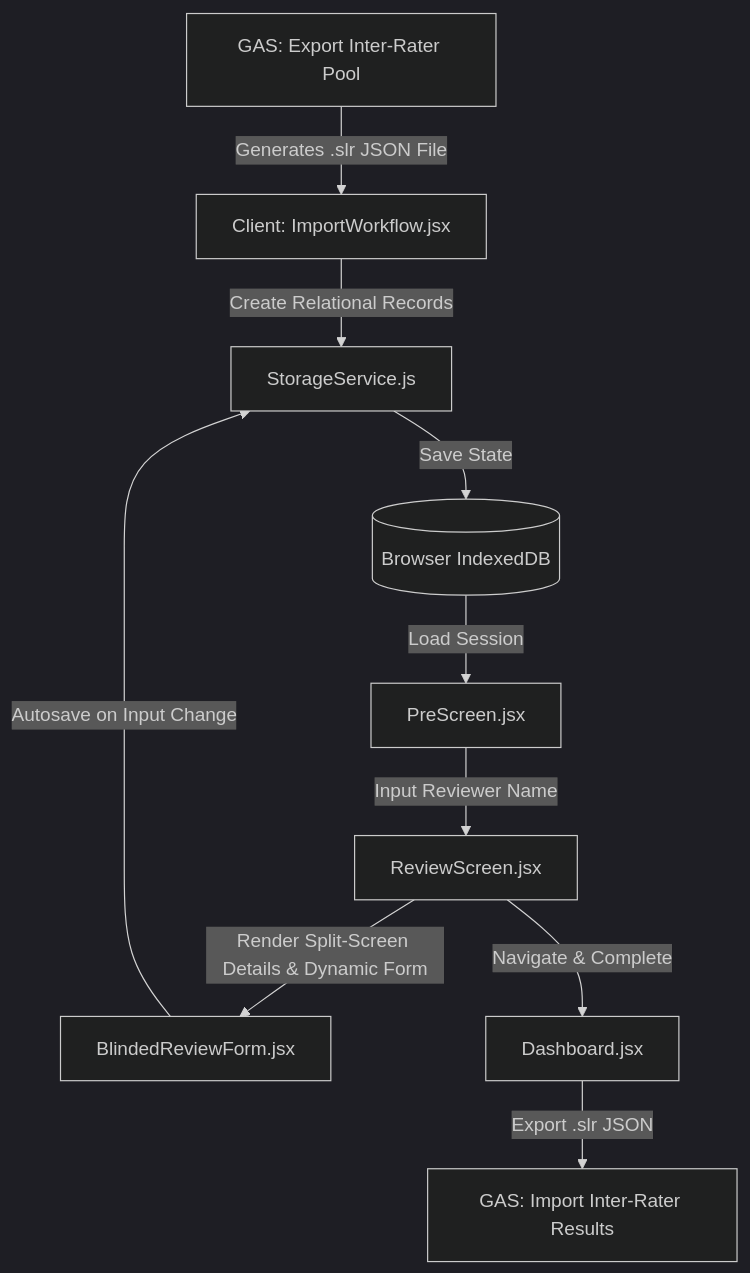
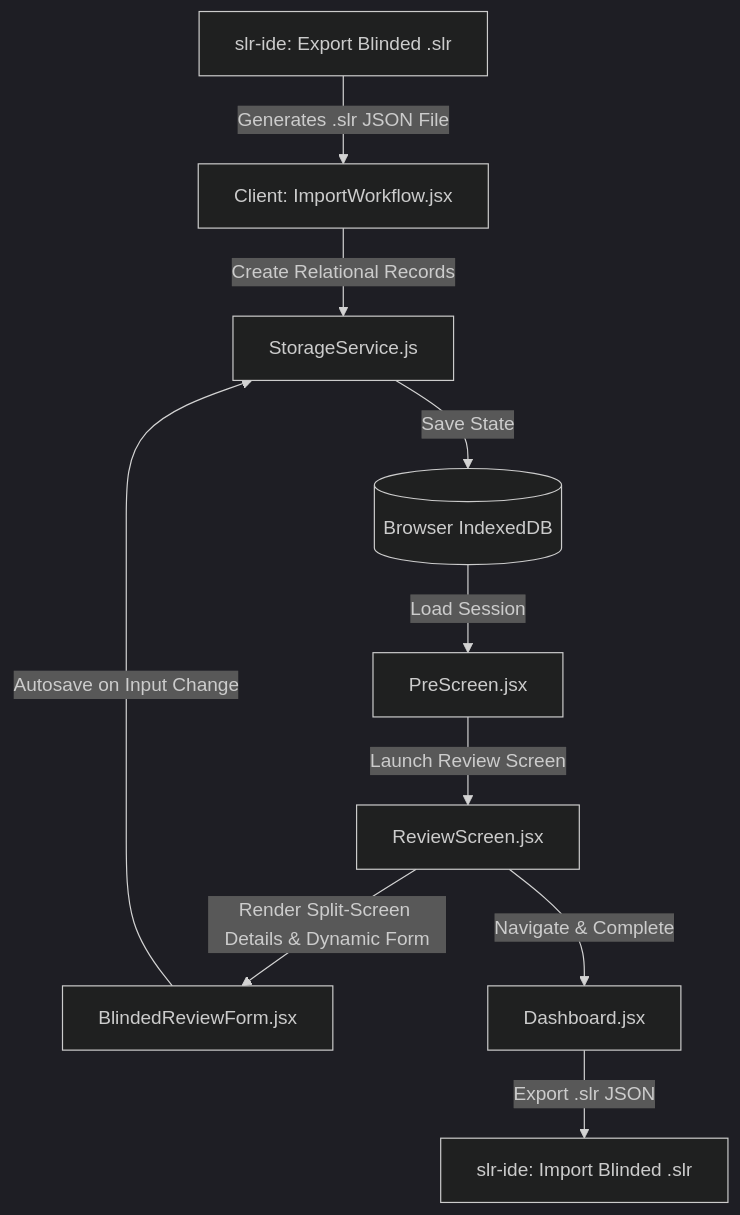
Before and after one commit to iwas108/SLR-Magic: the diagram in inter-rater/architecture.md, drawn with Mermaid (dark theme). The commit also changed other lines of this file and 39 other files, not shown here.

````diff
--- a/inter-rater/architecture.md
+++ b/inter-rater/architecture.md
@@ -17,12 +17,12 @@
 ```mermaid
 graph TD
-    A[GAS: Export Inter-Rater Pool] -->|Generates .slr JSON File| B[Client: ImportWorkflow.jsx]
+    A[slr-ide: Export Blinded .slr] -->|Generates .slr JSON File| B[Client: ImportWorkflow.jsx]
     B -->|Create Relational Records| C[StorageService.js]
     C -->|Save State| D[(Browser IndexedDB)]
     D -->|Load Session| E[PreScreen.jsx]
-    E -->|Input Reviewer Name| F[ReviewScreen.jsx]
+    E -->|Launch Review Screen| F[ReviewScreen.jsx]
     F -->|Render Split-Screen Details & Dynamic Form| G[BlindedReviewForm.jsx]
     G -->|Autosave on Input Change| C
     F -->|Navigate & Complete| H[Dashboard.jsx]
-    H -->|Export .slr JSON| I[GAS: Import Inter-Rater Results]
+    H -->|Export .slr JSON| I[slr-ide: Import Blinded .slr]
 ```
````
